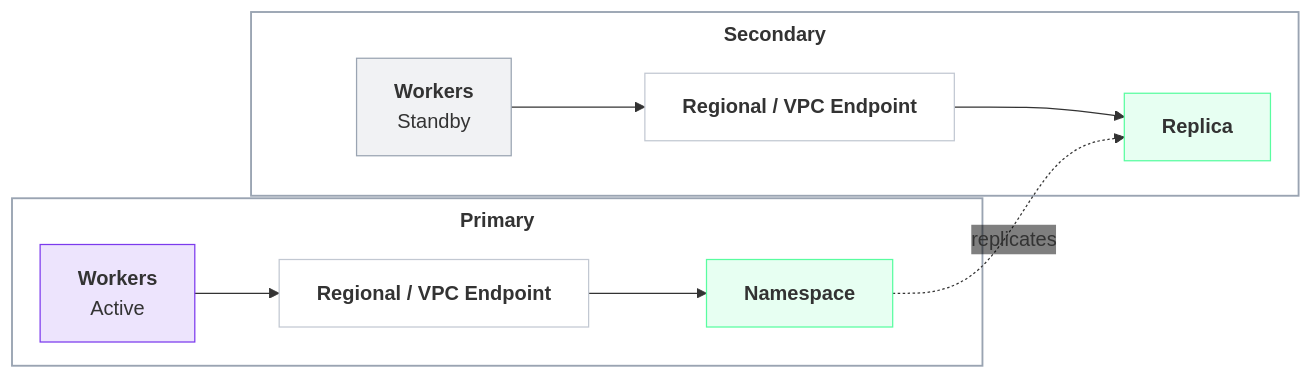
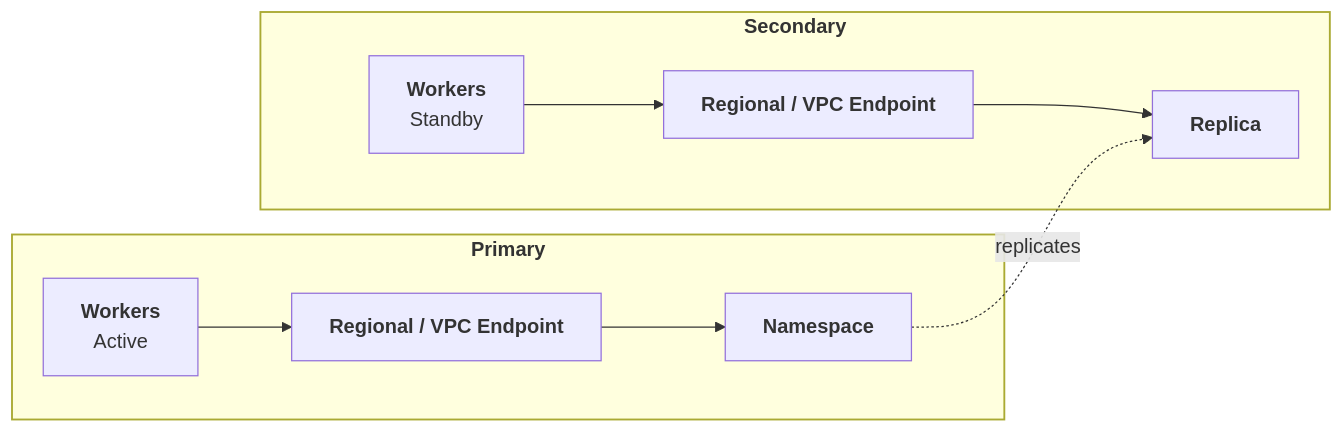
Before and after one commit to temporalio/documentation: diagram 12 of 15 in docs/cloud/high-availability/architecture-patterns.mdx, drawn with Mermaid. The commit also changed other lines of this file and 15 other files, not shown here.

First line of the commit message:
Refactor Mermaid diagrams for improved clarity and consistency across documentation

````diff
--- a/docs/cloud/high-availability/architecture-patterns.mdx
+++ b/docs/cloud/high-availability/architecture-patterns.mdx
@@ -498,25 +477,24 @@
 ```mermaid
-%%{init: {'themeVariables':{'fontFamily':'Inter, ui-sans-serif, system-ui, sans-serif','edgeLabelBackground':'transparent'},'flowchart':{'nodeSpacing':18,'rankSpacing':45,'curve':'basis','subGraphTitleMargin':{'top':6,'bottom':12}}}}%%
 flowchart LR
-    classDef worker fill:#7C3AED22,stroke:#7C3AED,stroke-width:1px;
-    classDef standby fill:#9aa4b224,stroke:#9aa4b2,stroke-width:1px;
-    classDef ns fill:#59FDA024,stroke:#59FDA0,stroke-width:1px;
-    classDef endpoint fill:transparent,stroke:#c2c8d2,stroke-width:1px;
-    classDef region fill:transparent,stroke:#9aa4b2,stroke-width:1.5px;
+    classDef worker stroke-width:1px;
+    classDef standby stroke-width:1px;
+    classDef ns stroke-width:1px;
+    classDef endpoint stroke-width:1px;
+    classDef region stroke-width:1.5px;
     subgraph HEPRIM["<b>Primary</b>"]
       HEPW["<b>Workers</b><br/>Active"]:::worker
       HEPEP["<b>Regional / VPC Endpoint</b>"]:::endpoint
       HEPNS["<b>Namespace</b>"]:::ns
       HEPW --> HEPEP
       HEPEP --> HEPNS
     end
     subgraph HESEC["<b>Secondary</b>"]
       HESW["<b>Workers</b><br/>Standby"]:::standby
       HESEP["<b>Regional / VPC Endpoint</b>"]:::endpoint
       HESNS["<b>Replica</b>"]:::ns
       HESW --> HESEP
       HESEP --> HESNS
     end
     HEPNS -. replicates .-> HESNS
     class HEPRIM,HESEC region
 ```
````
